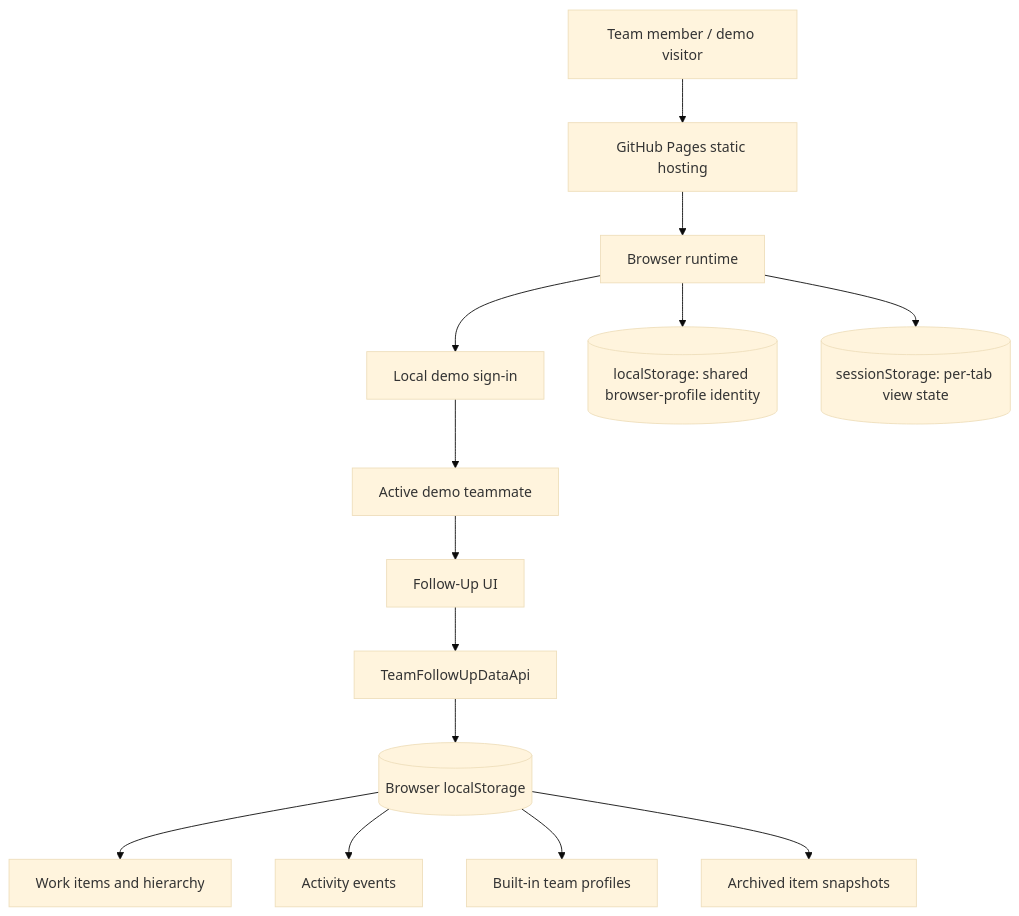
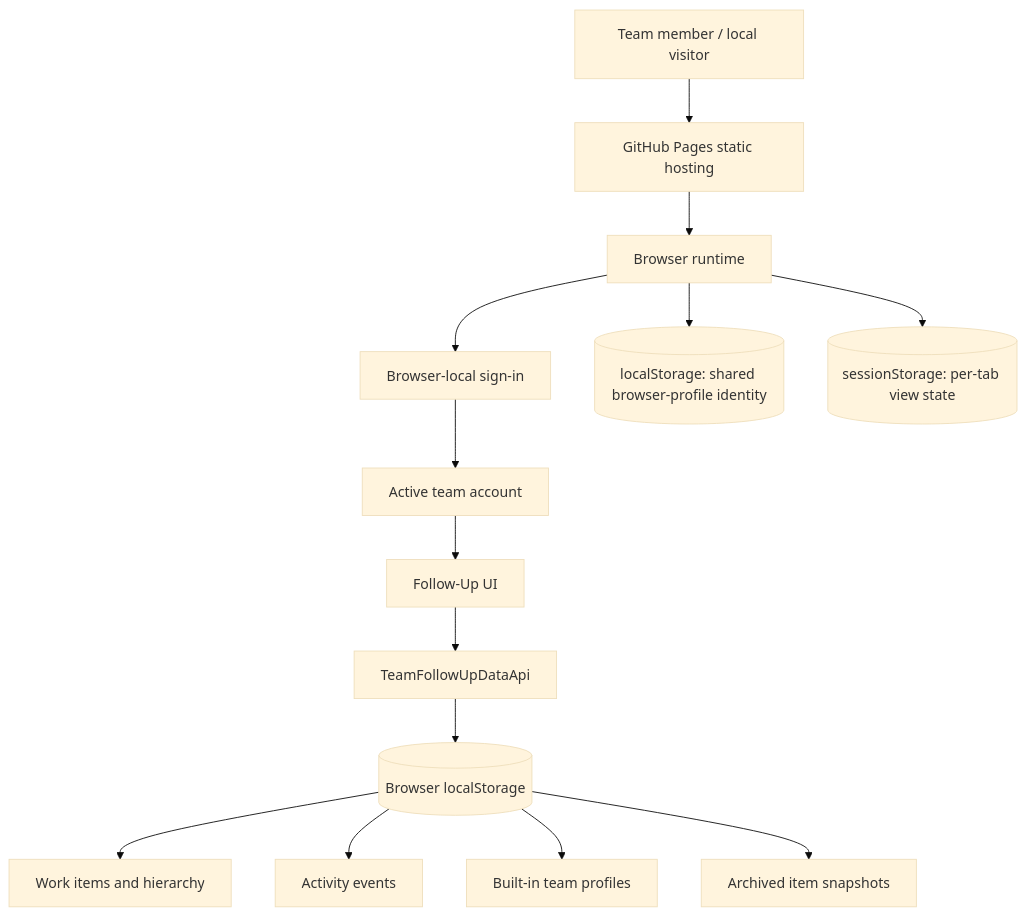
The first of 2 diagrams in docs/ARCHITECTURE.md (retzed/Team_Follow-Up), drawn with Mermaid (base theme) before and after one commit. The commit also changed other lines of this file, not shown here.

````diff
--- a/docs/ARCHITECTURE.md
+++ b/docs/ARCHITECTURE.md
@@ -11,16 +11,16 @@
 ```mermaid
 flowchart TD
-    Visitor[Team member / demo visitor] --> Pages[GitHub Pages static hosting]
+    Visitor[Team member / local visitor] --> Pages[GitHub Pages static hosting]
     Pages --> Browser[Browser runtime]
-    Browser --> SignIn[Local demo sign-in]
-    SignIn --> Context[Active demo teammate]
+    Browser --> SignIn[Browser-local sign-in]
+    SignIn --> Context[Active team account]
     Context --> UI[Follow-Up UI]
     UI --> Adapter[TeamFollowUpDataApi]
     Adapter --> LocalStore[(Browser localStorage)]
     Browser --> BrowserSession[(localStorage: shared browser-profile identity)]
     Browser --> TabView[(sessionStorage: per-tab view state)]
     LocalStore --> Items[Work items and hierarchy]
     LocalStore --> Activity[Activity events]
     LocalStore --> Profiles[Built-in team profiles]
     LocalStore --> Archive[Archived item snapshots]
 ```
````
